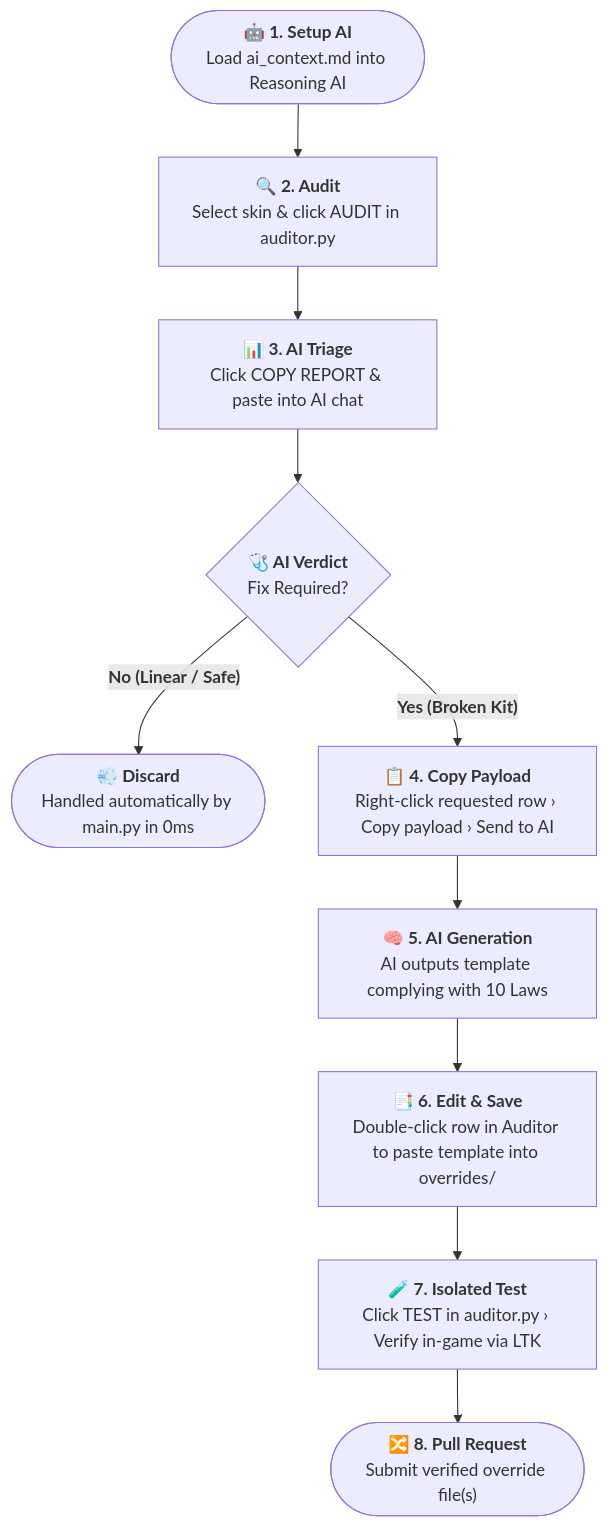
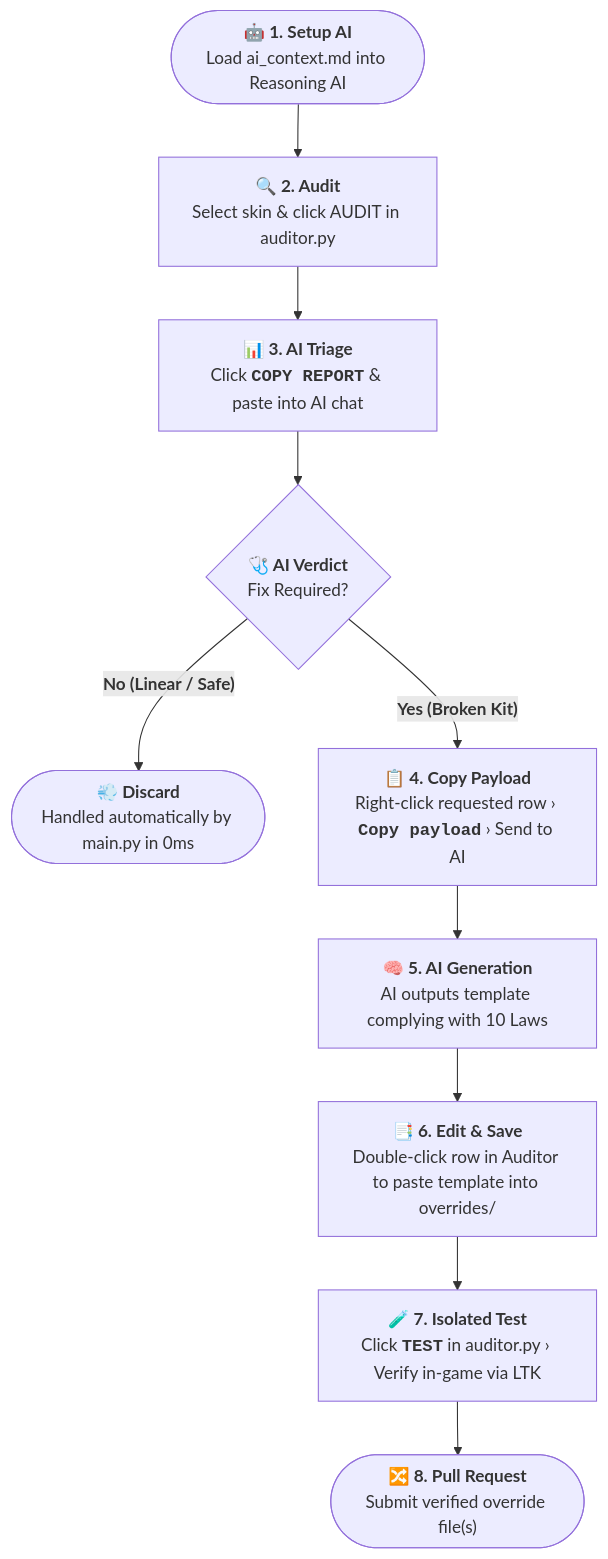
One commit to gsmeven/vanilla-true-builder changed the diagram in CONTRIBUTING.md. Above: the diagram before and after it, drawn with Mermaid.

Commit message:
release: v1.8.3

````diff
--- a/CONTRIBUTING.md
+++ b/CONTRIBUTING.md
@@ -23,12 +23,12 @@
 ```mermaid
 flowchart TD
     A(["<b>🤖 1. Setup AI</b>\nLoad ai_context.md into Reasoning AI"]) --> B["<b>🔍 2. Audit</b>\nSelect skin & click AUDIT in auditor.py"]
-    B --> C["<b>📊 3. AI Triage</b>\nClick COPY REPORT & paste into AI chat"]
+    B --> C["<b>📊 3. AI Triage</b>\nClick <code><b>COPY REPORT</code></b> & paste into AI chat"]
     C --> D{"<b>🩺 AI Verdict</b>\nFix Required?"}
     D -- "<b>No (Linear / Safe)</b>" --> E(["<b>💨 Discard</b>\nHandled automatically by main.py in 0ms"])
-    D -- "<b>Yes (Broken Kit)</b>" --> F["<b>📋 4. Copy Payload</b>\nRight-click requested row › Copy payload › Send to AI"]
+    D -- "<b>Yes (Broken Kit)</b>" --> F["<b>📋 4. Copy Payload</b>\nRight-click requested row › <code><b>Copy payload</code></b> › Send to AI"]
     F --> G["<b>🧠 5. AI Generation</b>\nAI outputs template complying with 10 Laws"]
     G --> H["<b>📑 6. Edit & Save</b>\nDouble-click row in Auditor to paste template into overrides/"]
-    H --> I["<b>🧪 7. Isolated Test</b>\nClick TEST in auditor.py › Verify in-game via LTK"]
+    H --> I["<b>🧪 7. Isolated Test</b>\nClick <code><b>TEST</b></code> in auditor.py › Verify in-game via LTK"]
     I --> J(["<b>🔀 8. Pull Request</b>\nSubmit verified override file(s)"])
 ```
````
